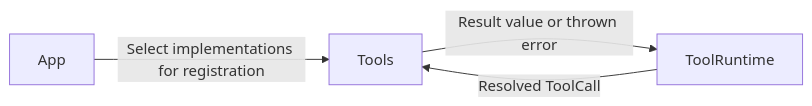
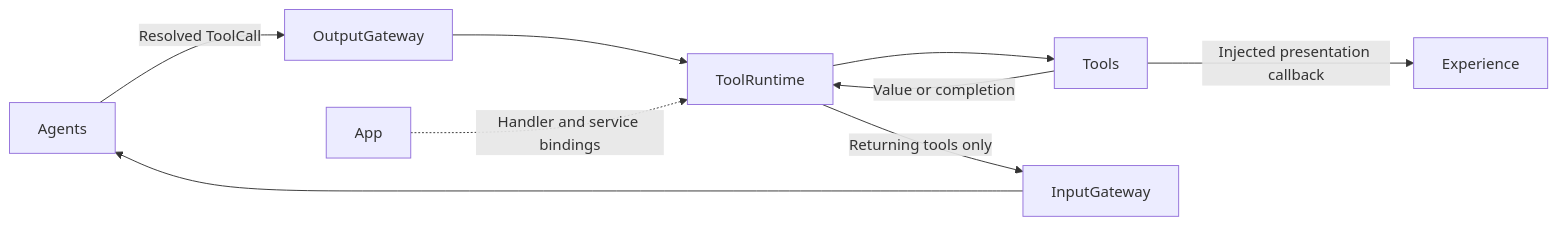
Before and after one commit to devilyouwei/MobileHarness: the first of 2 diagrams in MobileHarness/Tools/README.md, drawn with Mermaid. The commit also changed other lines of this file and 53 other files, not shown here.

````diff
--- a/MobileHarness/Tools/README.md
+++ b/MobileHarness/Tools/README.md
@@ -7,6 +18,11 @@
 ```mermaid
 flowchart LR
-    App -->|Select implementations for registration| Tools
-    ToolRuntime -->|Resolved ToolCall| Tools
-    Tools -->|Result value or thrown error| ToolRuntime
+    Agents -->|Resolved ToolCall| Gateway[OutputGateway]
+    Gateway --> Runtime[ToolRuntime]
+    App -.->|Handler and service bindings| Runtime
+    Runtime --> Tools
+    Tools -->|Injected presentation callback| Experience
+    Tools -->|Value or completion| Runtime
+    Runtime -->|Returning tools only| Input[InputGateway]
+    Input --> Agents
 ```
````
